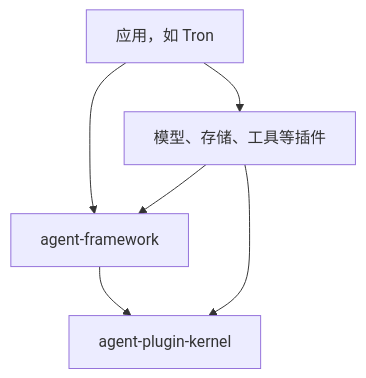
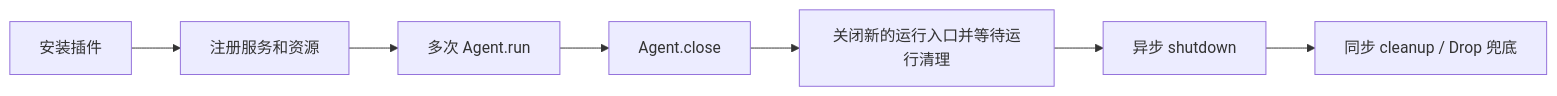
The fifth of 5 diagrams in docs/architecture.md (Penglai-Link/eliteforge-agent-framework), drawn with Mermaid before and after one commit. The commit also changed other lines of this file and 4 other files, not shown here.

Commit message:
docs: clarify architecture and plugin usage

````diff
--- a/docs/architecture.md
+++ b/docs/architecture.md
@@ -13,8 +389,9 @@
 ```mermaid
-flowchart TD
-    App[应用，如 Tron] --> Framework[agent-framework]
-    App --> Plugins[模型、存储、工具等插件]
-    Plugins --> Framework
-    Plugins --> Kernel[agent-plugin-kernel]
-    Framework --> Kernel
+flowchart LR
+    Install[安装插件] --> Register[注册服务和资源]
+    Register --> Run[多次 Agent.run]
+    Run --> Close[Agent.close]
+    Close --> StopRuns[关闭新的运行入口并等待运行清理]
+    StopRuns --> Shutdown[异步 shutdown]
+    Shutdown --> Cleanup[同步 cleanup / Drop 兜底]
 ```
````
